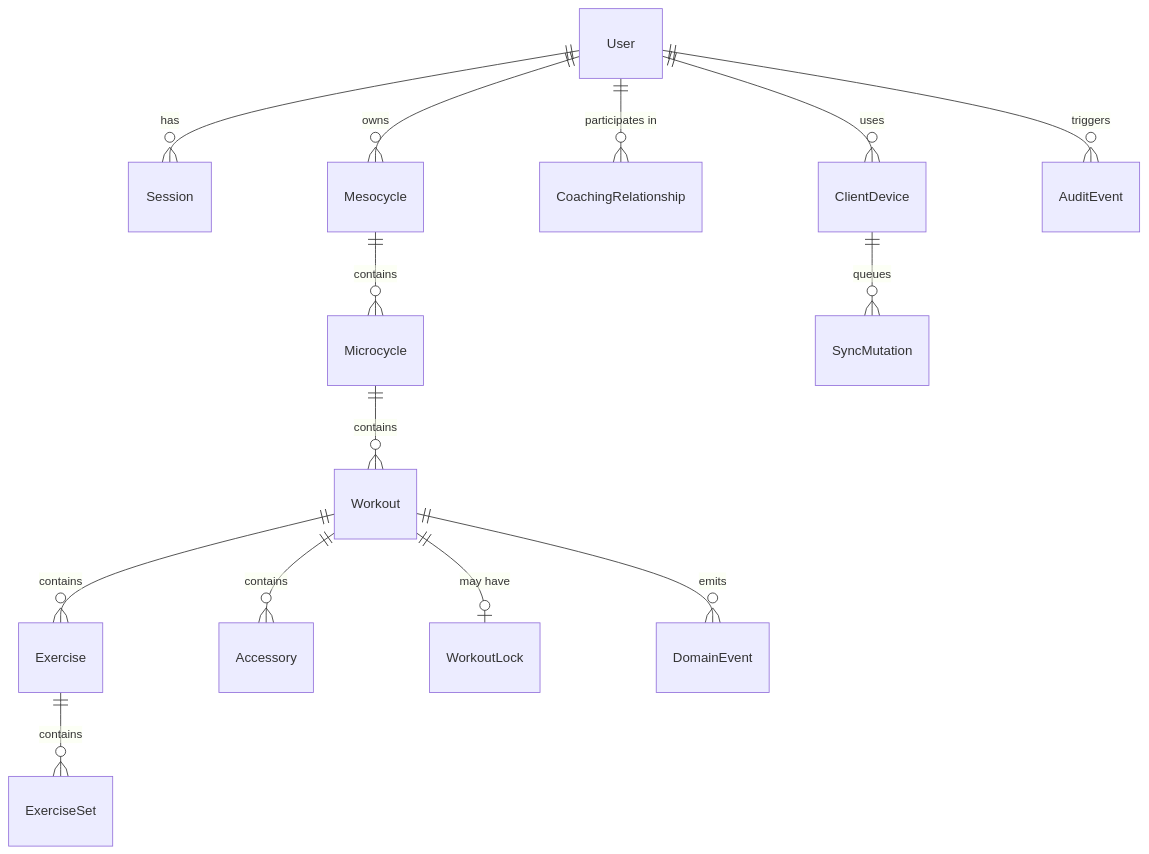
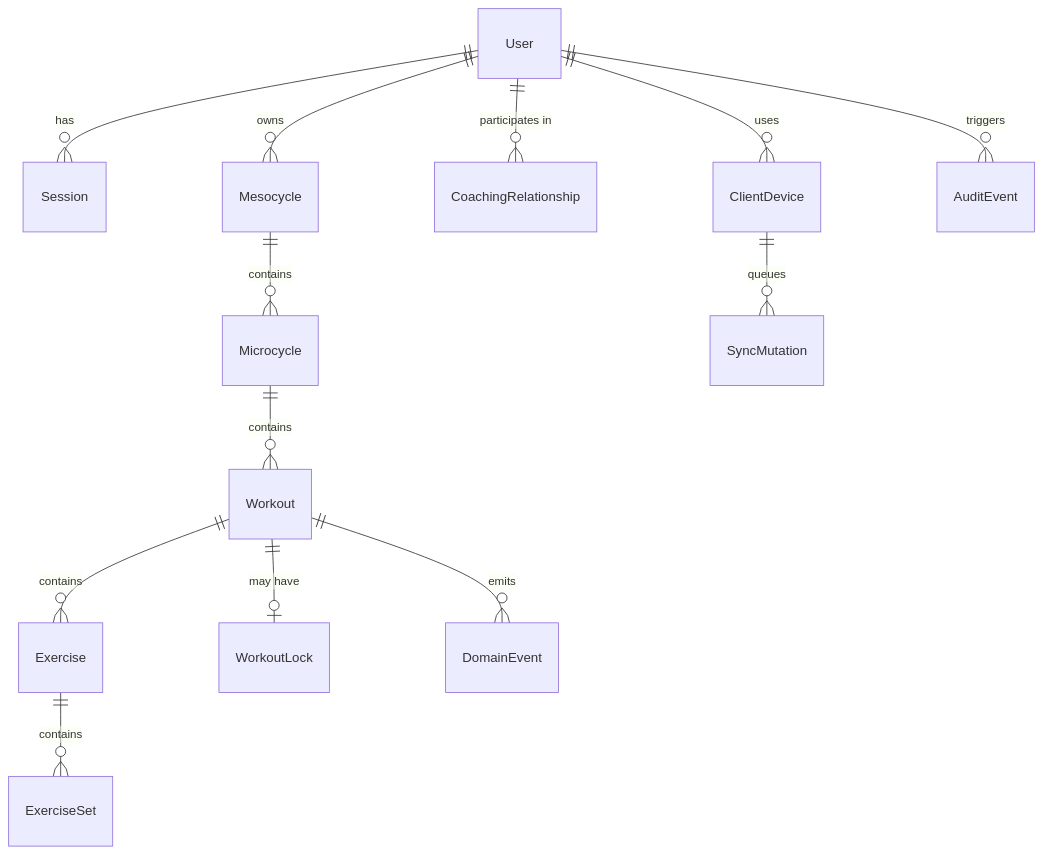
Before and after one commit to qrtman/adaptive_lifting: the second of 9 diagrams in architecture.md, drawn with Mermaid. The commit also changed other lines of this file and 79 other files, not shown here.

````diff
--- a/architecture.md
+++ b/architecture.md
@@ -182,16 +182,15 @@
 ```mermaid
 erDiagram
     User ||--o{ Session : "has"
     User ||--o{ ClientDevice : "uses"
     User ||--o{ CoachingRelationship : "participates in"
     User ||--o{ Mesocycle : "owns"
     Mesocycle ||--o{ Microcycle : "contains"
     Microcycle ||--o{ Workout : "contains"
     Workout ||--o{ Exercise : "contains"
-    Workout ||--o{ Accessory : "contains"
     Exercise ||--o{ ExerciseSet : "contains"
     Workout ||--o| WorkoutLock : "may have"
     ClientDevice ||--o{ SyncMutation : "queues"
     Workout ||--o{ DomainEvent : "emits"
     User ||--o{ AuditEvent : "triggers"
 ```
````
